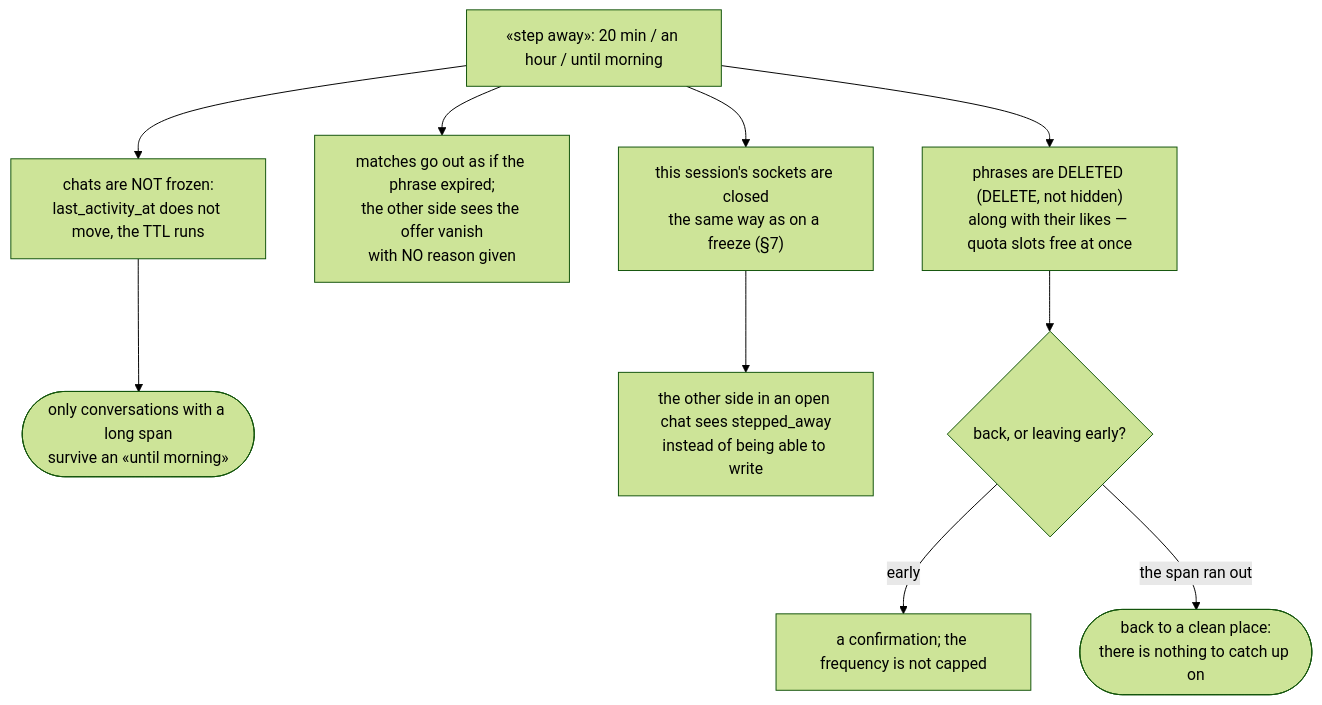
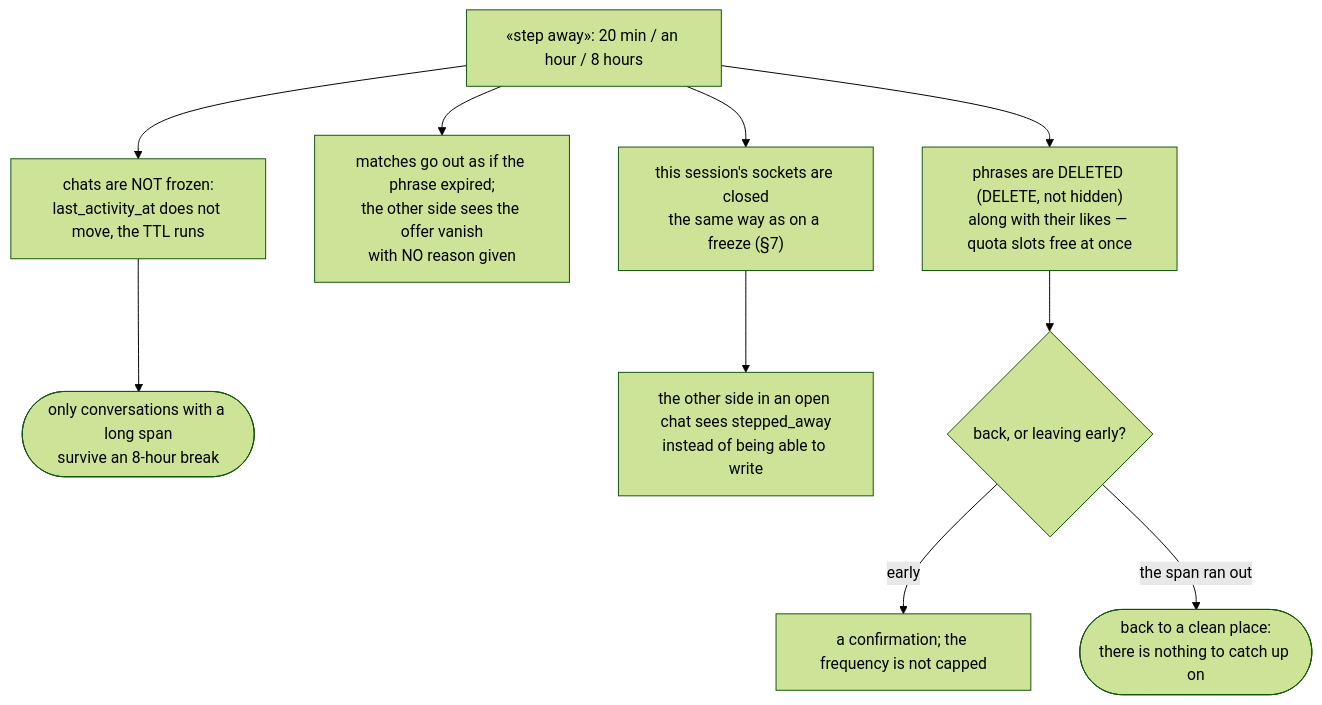
Before and after one commit to panov-id/xor.ad: diagram 30 of 30 in docs/chat-flows_EN.md, drawn with Mermaid (forest theme). The commit also changed other lines of this file and 10 other files, not shown here.

````diff
--- a/docs/chat-flows_EN.md
+++ b/docs/chat-flows_EN.md
@@ -982,12 +981,12 @@
 ```mermaid
 flowchart TD
-  away["«step away»: 20 min / an hour / until morning"] --> del["phrases are DELETED #40;DELETE, not hidden#41;<br/>along with their likes — quota slots free at once"]
+  away["«step away»: 20 min / an hour / 8 hours"] --> del["phrases are DELETED #40;DELETE, not hidden#41;<br/>along with their likes — quota slots free at once"]
   away --> match["matches go out as if the phrase expired;<br/>the other side sees the offer vanish<br/>with NO reason given"]
   away --> sock["this session's sockets are closed<br/>the same way as on a freeze #40;§7#41;"]
   away --> chats["chats are NOT frozen:<br/>last_activity_at does not move, the TTL runs"]
-  chats --> price(["only conversations with a long span<br/>survive an «until morning»"])
+  chats --> price(["only conversations with a long span<br/>survive an 8-hour break"])
   sock --> peer["the other side in an open chat sees stepped_away<br/>instead of being able to write"]
   del --> back{"back, or leaving early?"}
   back -- "early" --> confirm["a confirmation; the frequency is not capped"]
   back -- "the span ran out" --> clean(["back to a clean place:<br/>there is nothing to catch up on"])
 ```
````
